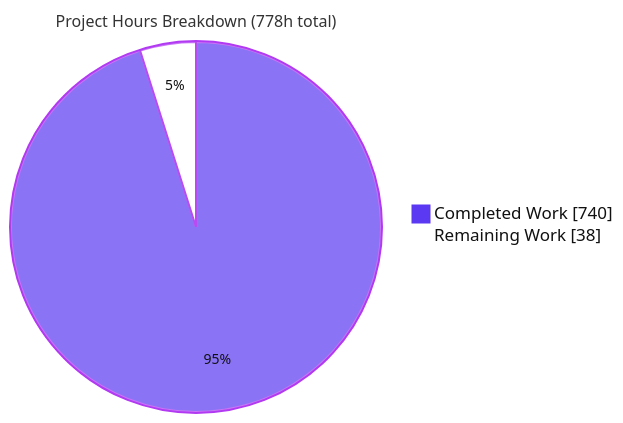
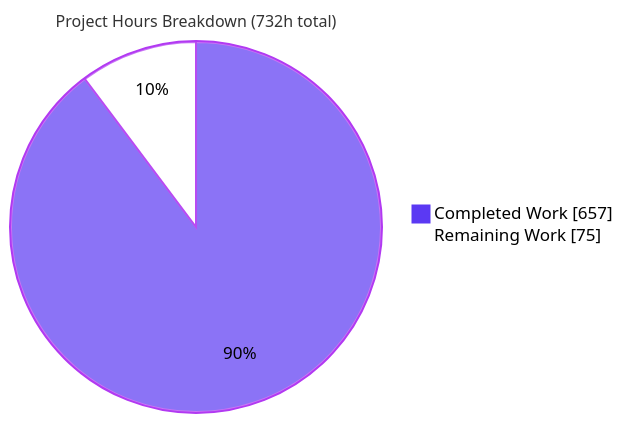
The second of 3 diagrams in blitzy/documentation/Project Guide.md (blitzy-public-samples/aws-carddemo-blitzy), drawn with Mermaid before and after one commit. The commit also changed other lines of this file, not shown here.

Commit message:
Adding Blitzy Project Guide: Project Status and Human Tasks Remaining

````diff
--- a/blitzy/documentation/Project Guide.md
+++ b/blitzy/documentation/Project Guide.md
@@ -214,6 +202,6 @@
 ```mermaid
-%%{init: {'theme':'base','themeVariables':{'pie1':'#5B39F3','pie2':'#FFFFFF','pieStrokeColor':'#B23AF2','pieStrokeWidth':'2px','pieOuterStrokeColor':'#B23AF2','pieOuterStrokeWidth':'2px','pieTitleTextSize':'16px','pieSectionTextSize':'14px','pieSectionTextColor':'#111111','pieLegendTextColor':'#111111'}}}%%
-pie showData title Project Hours Breakdown (778h total)
-    "Completed Work" : 740
-    "Remaining Work" : 38
+%%{init: {'theme':'base','themeVariables':{'pie1':'#5B39F3','pie2':'#FFFFFF','pieStrokeColor':'#B23AF2','pieStrokeWidth':'2px','pieOuterStrokeColor':'#B23AF2','pieOuterStrokeWidth':'2px','pieSectionTextColor':'#000000','pieLegendTextColor':'#000000','pieTitleTextSize':'16px'}}}%%
+pie showData title Project Hours Breakdown (732h total)
+    "Completed Work" : 657
+    "Remaining Work" : 75
 ```
````
